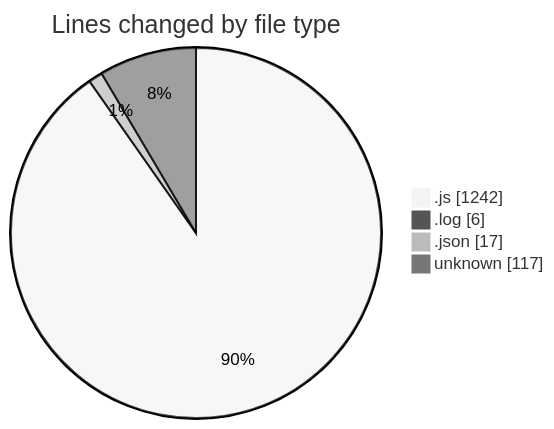
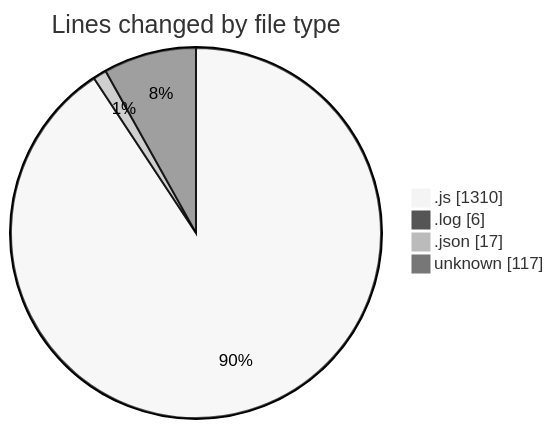
Before and after one commit to BS-eng2023/code-tracking: the first of 2 diagrams in 2025-03-31/jsvms/README.md, drawn with Mermaid (neutral theme). The commit also changed other lines of this file and 1 other file, not shown here.

````diff
--- a/2025-03-31/jsvms/README.md
+++ b/2025-03-31/jsvms/README.md
@@ -37,8 +38,8 @@
 ```mermaid
 pie showData
 title Lines changed by file type
-".js" : 1242
+".js" : 1310
 ".log" : 6
 ".json" : 17
 "unknown" : 117
 ```
````
